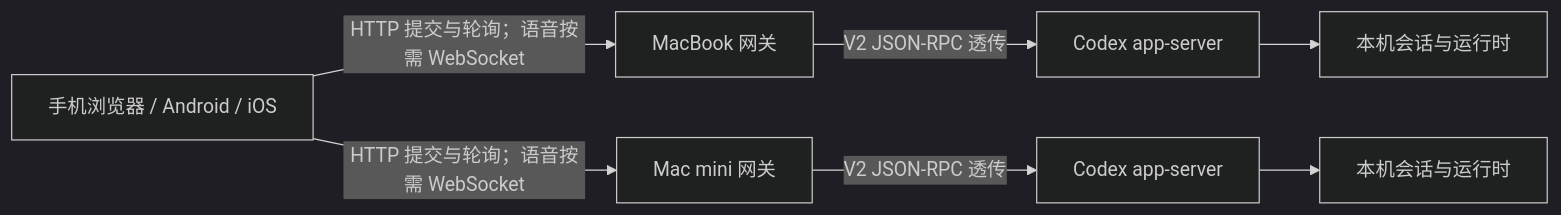
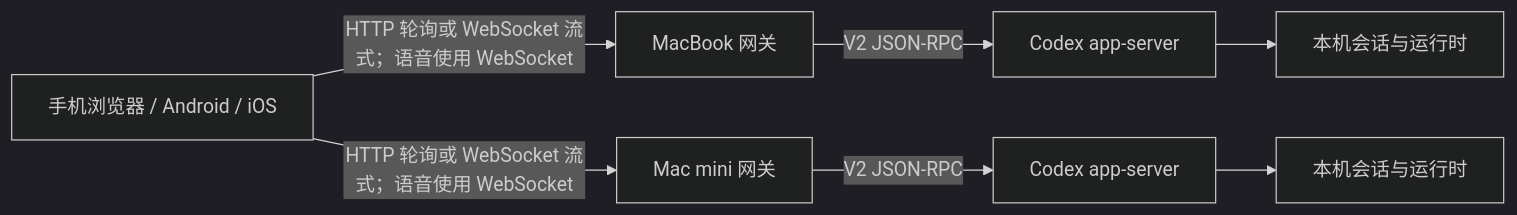
One commit to zh0ngtian/codex-mobile changed the diagram in README.md. Above: the diagram before and after it, drawn with Mermaid (dark theme). The commit also changed other lines of this file and 8 other files, not shown here.

````diff
--- a/README.md
+++ b/README.md
@@ -116,10 +117,10 @@
 ```mermaid
 flowchart LR
     C["手机浏览器 / Android / iOS"]
-    C -->|HTTP 提交与轮询；语音按需 WebSocket| G1["MacBook 网关"]
-    C -->|HTTP 提交与轮询；语音按需 WebSocket| G2["Mac mini 网关"]
-    G1 -->|V2 JSON-RPC 透传| A1["Codex app-server"]
-    G2 -->|V2 JSON-RPC 透传| A2["Codex app-server"]
+    C -->|HTTP 轮询或 WebSocket 流式；语音使用 WebSocket| G1["MacBook 网关"]
+    C -->|HTTP 轮询或 WebSocket 流式；语音使用 WebSocket| G2["Mac mini 网关"]
+    G1 -->|V2 JSON-RPC| A1["Codex app-server"]
+    G2 -->|V2 JSON-RPC| A2["Codex app-server"]
     A1 --> R1["本机会话与运行时"]
     A2 --> R2["本机会话与运行时"]
 ```
````
